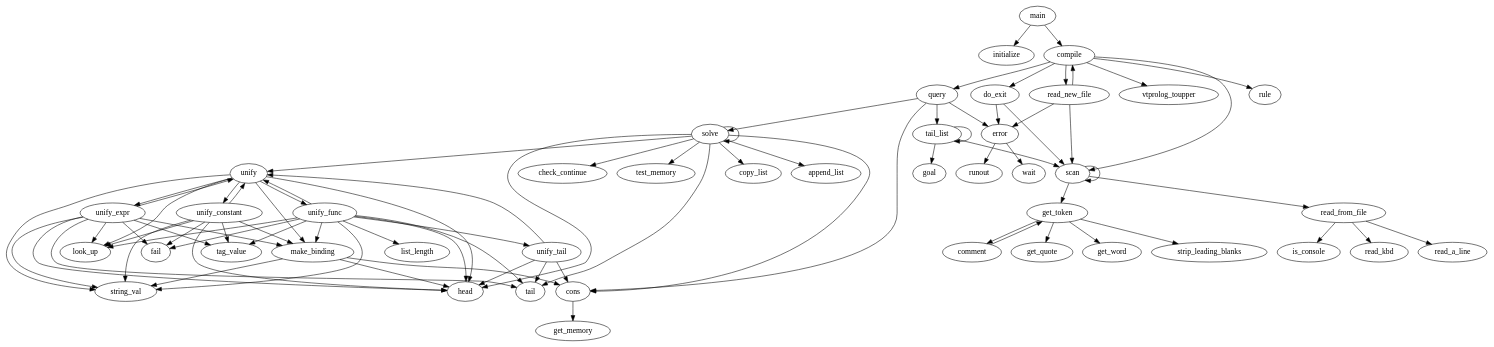
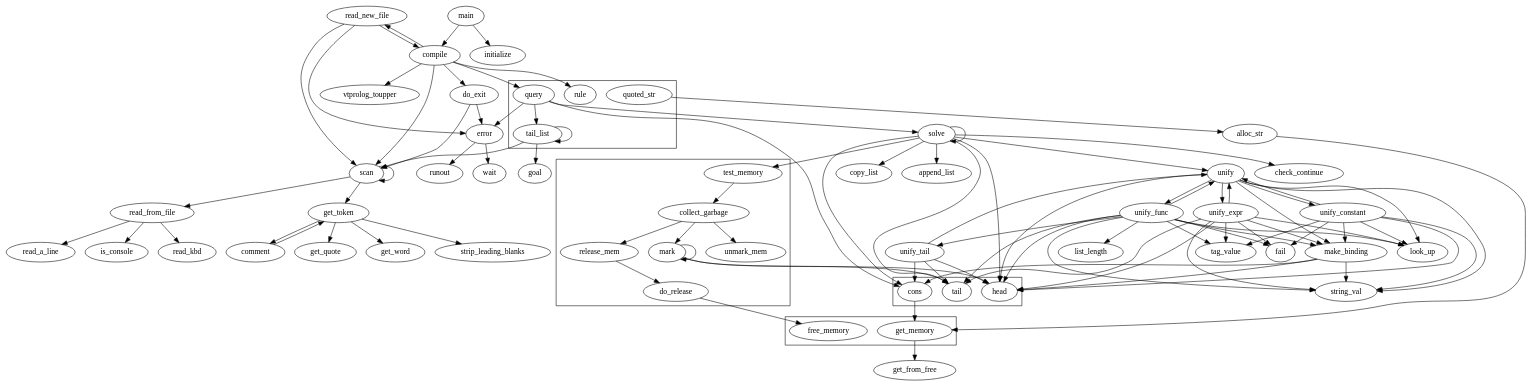
The diagram in vtprolog-in-c/call_graph.dot (Johnicholas/Hello-Github), drawn with Graphviz before and after one commit. The commit also changed 4 other files, not shown here.

```diff
--- a/vtprolog-in-c/call_graph.dot
+++ b/vtprolog-in-c/call_graph.dot
@@ -1,86 +1,128 @@
-digraph {
-	main -> initialize;
-	main -> compile;
-	compile -> scan;
-	compile -> query;
-	compile -> read_new_file;
-	compile -> vtprolog_toupper;
-	compile -> do_exit;
-	compile -> rule;
-	scan -> get_token;
-	scan -> scan;
-	scan -> read_from_file;
-	get_token -> strip_leading_blanks;
-	get_token -> comment -> get_token;
-	get_token -> get_quote;
-	get_token -> get_word;
-	read_from_file -> is_console;
-	read_from_file -> read_kbd;
-	read_from_file -> read_a_line;
+digraph
+{
+    subgraph cluster_freelist_management {
+        get_memory;
+        free_memory;
+    }
+    subgraph cluster_basic_list_operations {
+        head;
+        tail;
+        cons;
+    }
+    subgraph cluster_garbage_collection {
+        test_memory;
+        collect_garbage;
+        unmark_mem;
+        mark;
+        release_mem;
+        do_release;
+    }
 
-	do_exit -> scan;
-	do_exit -> error;
-	error -> runout;
-	error -> wait;
-	read_new_file -> compile;
-	read_new_file -> scan;
-	read_new_file -> error;
-	query -> tail_list;
-	query -> error;
-	query -> cons;
-	query -> solve;
-	tail_list -> goal;
-	tail_list -> scan;
-	tail_list -> tail_list;
-	cons -> get_memory;
-	solve -> cons;
-	solve -> head;
-	solve -> tail;
-	solve -> check_continue;
-	solve -> test_memory;
-	solve -> unify;
-	solve -> copy_list;
-	solve -> append_list;
-	solve -> solve;
-	unify -> unify_constant;
-	unify -> look_up;
-	unify -> string_val;
-	unify -> head;
-	unify -> make_binding;
-	unify -> unify_func;
-	unify -> unify_expr;
-	unify_expr -> tag_value;
-	unify_expr -> fail;
-	unify_expr -> look_up;
-	unify_expr -> string_val;
-	unify_expr -> head;
-	unify_expr -> make_binding;
-	unify_expr -> unify;
-	unify_expr -> tail;
-	unify_func -> tag_value;
-	unify_func -> head;
-	unify_func -> fail;
-	unify_func -> look_up;
-	unify_func -> make_binding;
-	unify_func -> unify;
-	unify_func -> string_val;	
-	unify_func -> tail;
-	unify_func -> list_length;
-	unify_func -> unify_tail;
-	unify_tail -> tail;
-	unify_tail -> unify;
-	unify_tail -> cons;
-	unify_tail -> head;
-	unify_constant -> tag_value;
-	unify_constant -> head;
-	unify_constant -> string_val;
-	unify_constant -> look_up;
-	unify_constant -> make_binding;
-	unify_constant -> unify;
-	unify_constant -> fail;
-	make_binding -> string_val;
-	make_binding -> head;
-	make_binding -> cons;
+    subgraph cluster_recursive_descent {
+        query;
+        tail_list;
+        quoted_str;
+        rule;
+    }
+
+    main -> initialize;
+    main -> compile;
+    compile -> scan;
+    compile -> query;
+    compile -> read_new_file;
+    compile -> vtprolog_toupper;
+    compile -> do_exit;
+    compile -> rule;
+    scan -> get_token;
+    scan -> scan;
+    scan -> read_from_file;
+    get_token -> strip_leading_blanks;
+    get_token -> comment -> get_token;
+    get_token -> get_quote;
+    get_token -> get_word;
+    read_from_file -> is_console;
+    read_from_file -> read_kbd;
+    read_from_file -> read_a_line;
+
+    do_exit -> scan;
+    do_exit -> error;
+    error -> runout;
+    error -> wait;
+    read_new_file -> compile;
+    read_new_file -> scan;
+    read_new_file -> error;
+
+    solve -> cons;
+    solve -> head;
+    solve -> tail;
+    solve -> check_continue;
+    solve -> test_memory;
+    solve -> unify;
+    solve -> copy_list;
+    solve -> append_list;
+    solve -> solve;
+    unify -> unify_constant;
+    unify -> look_up;
+    unify -> string_val;
+    unify -> head;
+    unify -> make_binding;
+    unify -> unify_func;
+    unify -> unify_expr;
+    unify_expr -> tag_value;
+    unify_expr -> fail;
+    unify_expr -> look_up;
+    unify_expr -> string_val;
+    unify_expr -> head;
+    unify_expr -> make_binding;
+    unify_expr -> unify;
+    unify_expr -> tail;
+    unify_func -> tag_value;
+    unify_func -> head;
+    unify_func -> fail;
+    unify_func -> look_up;
+    unify_func -> make_binding;
+    unify_func -> unify;
+    unify_func -> string_val;
+    unify_func -> tail;
+    unify_func -> list_length;
+    unify_func -> unify_tail;
+    unify_tail -> tail;
+    unify_tail -> unify;
+    unify_tail -> cons;
+    unify_tail -> head;
+    unify_constant -> tag_value;
+    unify_constant -> head;
+    unify_constant -> string_val;
+    unify_constant -> look_up;
+    unify_constant -> make_binding;
+    unify_constant -> unify;
+    unify_constant -> fail;
+    make_binding -> string_val;
+    make_binding -> head;
+    make_binding -> cons;
 
 
+    alloc_str -> get_memory;
+    get_memory -> get_from_free;
+    cons -> get_memory;
+    test_memory -> collect_garbage;
+    collect_garbage -> unmark_mem;
+    collect_garbage -> mark;
+    collect_garbage -> release_mem;
+    mark -> mark;
+    mark -> head;
+    mark -> tail;
+    release_mem -> do_release;
+    do_release -> free_memory;
+
+    query -> tail_list;
+    query -> error;
+    query -> cons;
+    query -> solve;
+    quoted_str -> alloc_str;
+    rule;
+    tail_list -> goal;
+    tail_list -> scan;
+    tail_list -> tail_list;
+
 }
```
